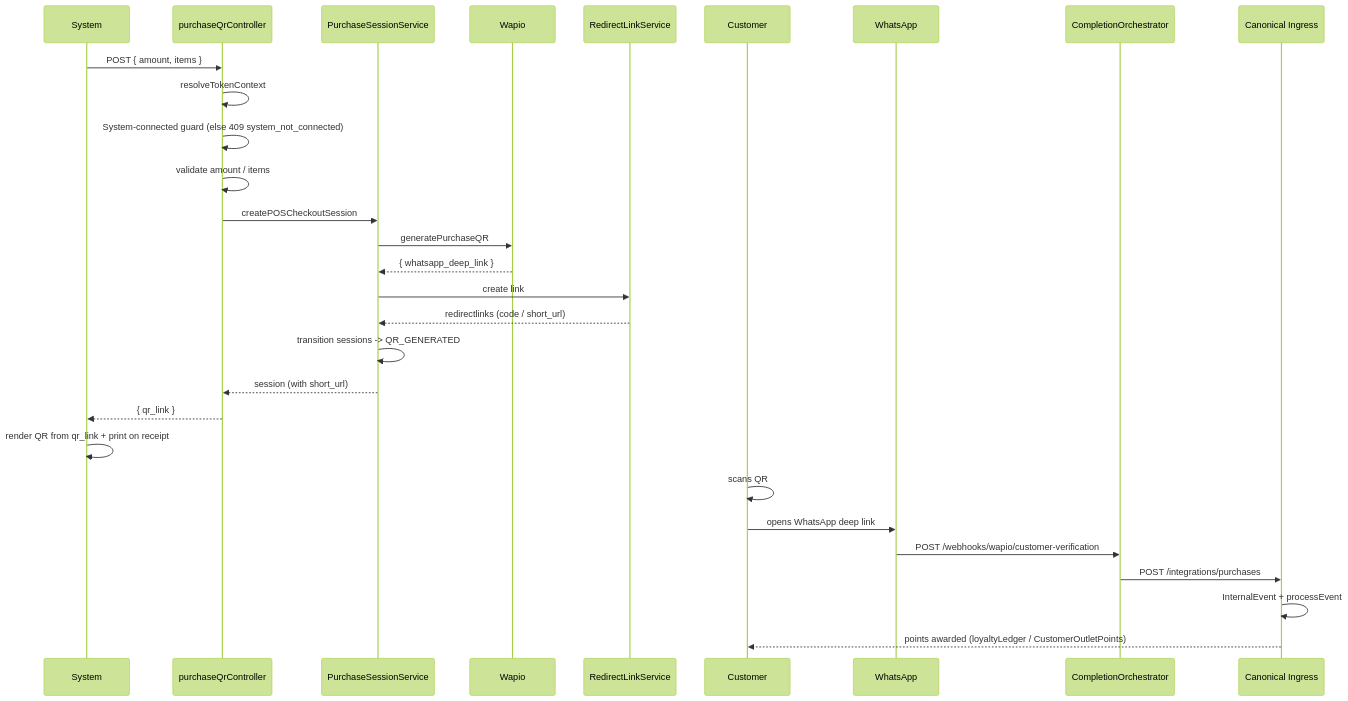
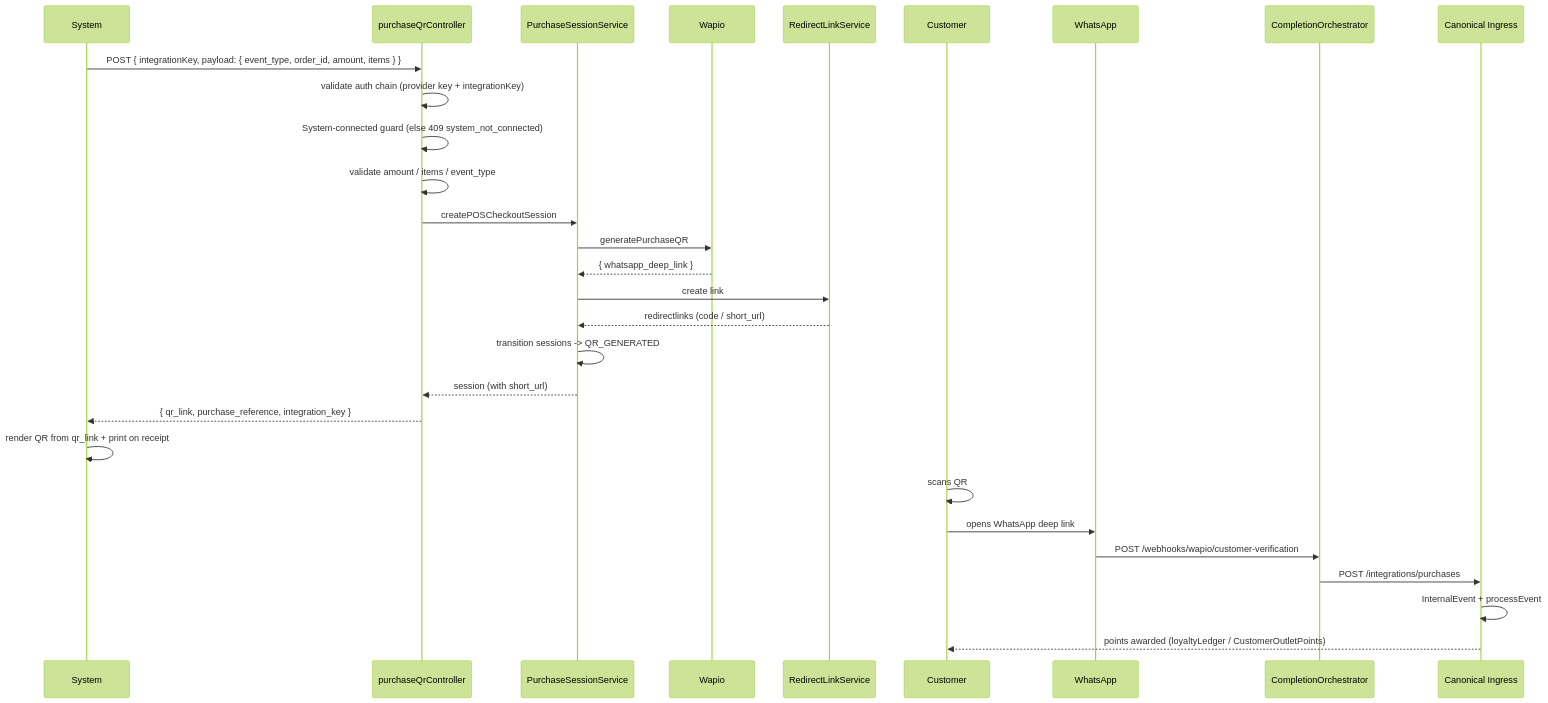
The fourth of 4 diagrams in integrations/system/purchase-qr/overview.mdx (krischal07/docs), drawn with Mermaid (forest theme) before and after one commit. The commit also changed other lines of this file and 40 other files, not shown here.

````diff
--- a/integrations/system/purchase-qr/overview.mdx
+++ b/integrations/system/purchase-qr/overview.mdx
@@ -91,32 +97,32 @@
 ```mermaid
 sequenceDiagram
   participant System as System
   participant CTL as purchaseQrController
   participant SVC as PurchaseSessionService
   participant WAPIO as Wapio
   participant RDL as RedirectLinkService
   participant CUST as Customer
   participant WHATS as WhatsApp
   participant ORCH as CompletionOrchestrator
   participant ING as Canonical Ingress
 
-  System->>CTL: POST { amount, items }
-  CTL->>CTL: resolveTokenContext
+  System->>CTL: POST { integrationKey, payload: { event_type, order_id, amount, items } }
+  CTL->>CTL: validate auth chain (provider key + integrationKey)
   CTL->>CTL: System-connected guard (else 409 system_not_connected)
-  CTL->>CTL: validate amount / items
+  CTL->>CTL: validate amount / items / event_type
   CTL->>SVC: createPOSCheckoutSession
   SVC->>WAPIO: generatePurchaseQR
   WAPIO-->>SVC: { whatsapp_deep_link }
   SVC->>RDL: create link
   RDL-->>SVC: redirectlinks (code / short_url)
   SVC->>SVC: transition sessions -> QR_GENERATED
   SVC-->>CTL: session (with short_url)
-  CTL-->>System: { qr_link }
+  CTL-->>System: { qr_link, purchase_reference, integration_key }
   System->>System: render QR from qr_link + print on receipt
   CUST->>CUST: scans QR
   CUST->>WHATS: opens WhatsApp deep link
   WHATS->>ORCH: POST /webhooks/wapio/customer-verification
   ORCH->>ING: POST /integrations/purchases
   ING->>ING: InternalEvent + processEvent
   ING-->>CUST: points awarded (loyaltyLedger / CustomerOutletPoints)
 ```
````
